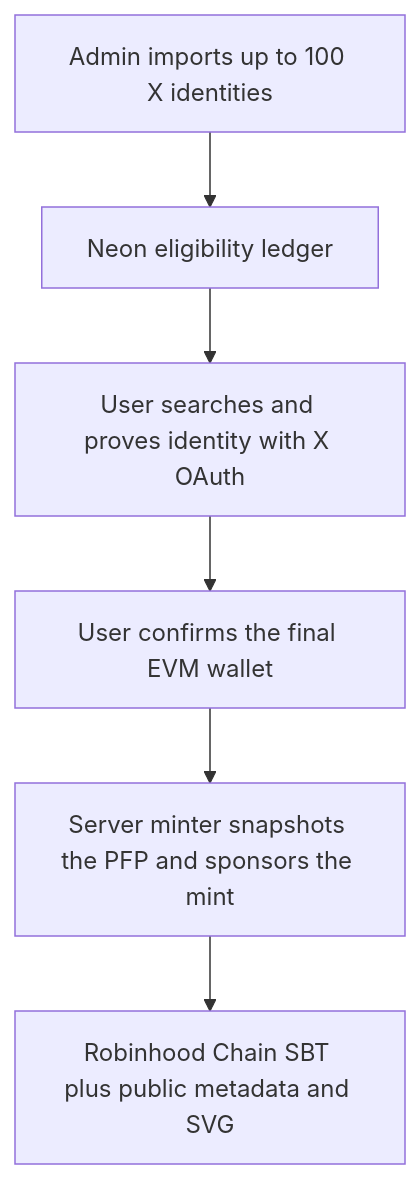
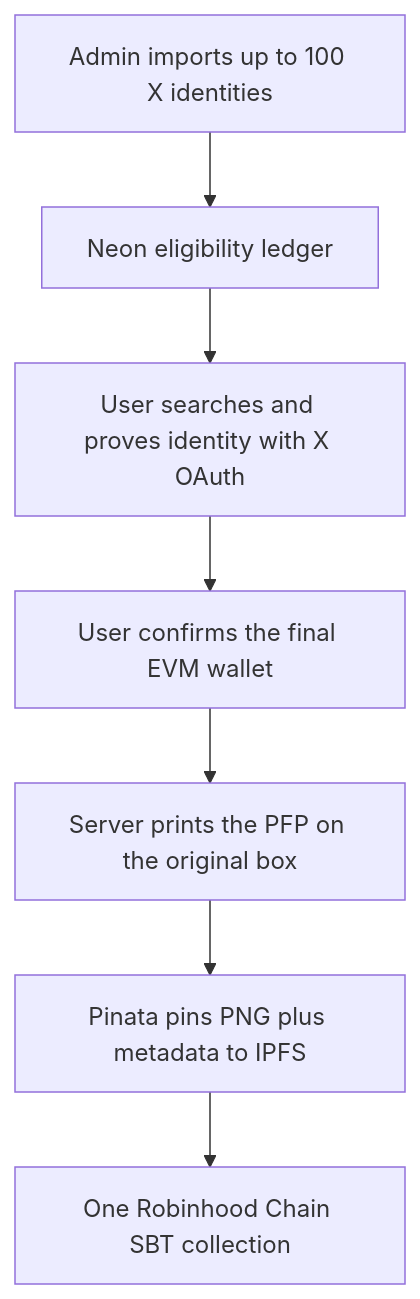
One commit to PAFRehman/bunnyhood changed the diagram in README.md. Above: the diagram before and after it, drawn with Mermaid. The commit also changed other lines of this file and 17 other files, not shown here.

First line of the commit message:
Use original Rabbit Hole box art with IPFS-backed SBTs (#4)

````diff
--- a/README.md
+++ b/README.md
@@ -39,8 +39,9 @@
 ```mermaid
 flowchart TD
     A["Admin imports up to 100 X identities"] --> B["Neon eligibility ledger"]
     B --> C["User searches and proves identity with X OAuth"]
     C --> D["User confirms the final EVM wallet"]
-    D --> E["Server minter snapshots the PFP and sponsors the mint"]
-    E --> F["Robinhood Chain SBT plus public metadata and SVG"]
+    D --> E["Server prints the PFP on the original box"]
+    E --> F["Pinata pins PNG plus metadata to IPFS"]
+    F --> G["One Robinhood Chain SBT collection"]
 ```
````
